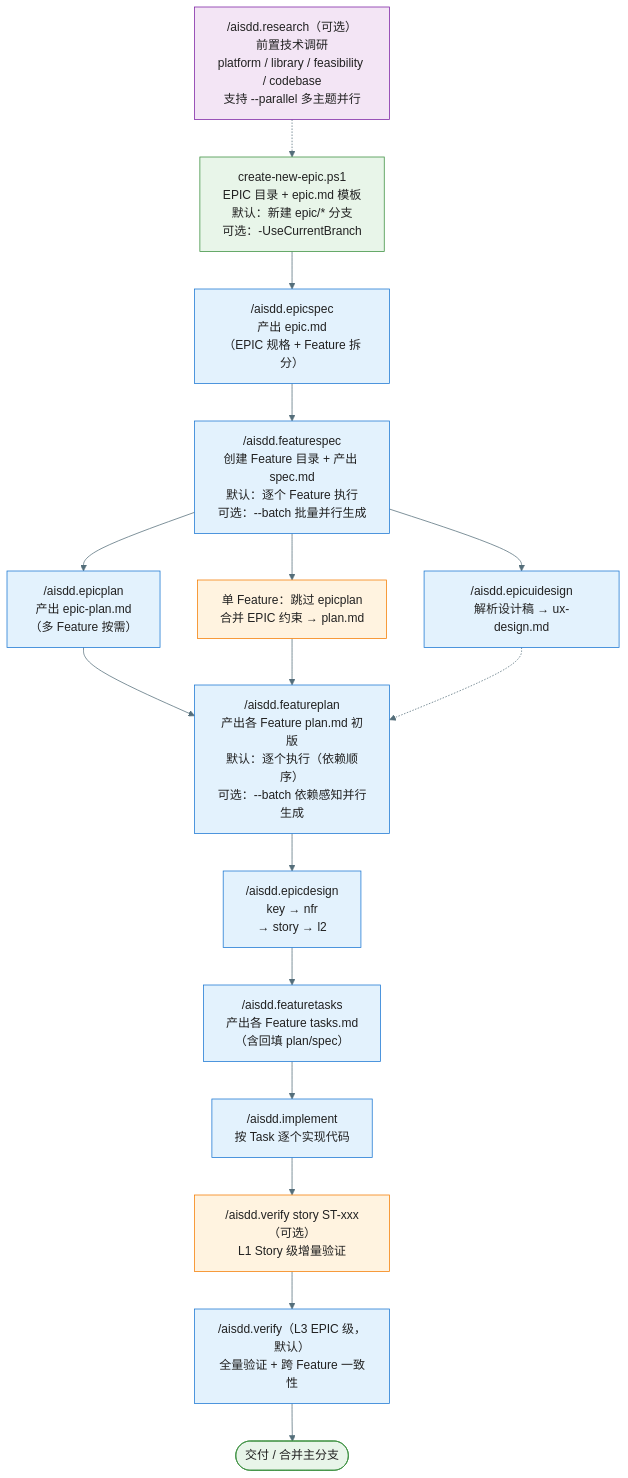
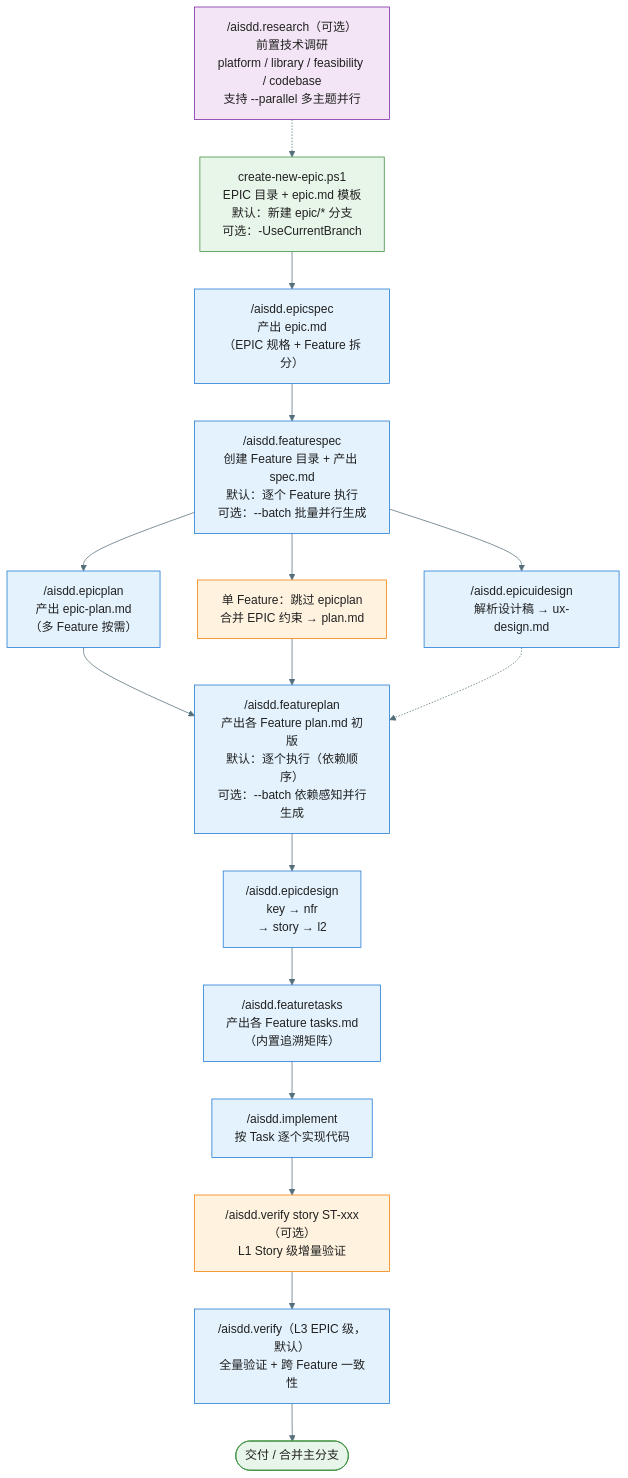
One commit to jackykarma/Verity changed the third of 8 diagrams in docs/workflow-overview.md. Above: the diagram before and after it, drawn with Mermaid. The commit also changed other lines of this file and 32 other files, not shown here.

````diff
--- a/docs/workflow-overview.md
+++ b/docs/workflow-overview.md
@@ -165,25 +165,25 @@
 ```mermaid
 %%{init: {'theme': 'base', 'themeVariables': { 'primaryColor': '#E3F2FD', 'primaryTextColor': '#212121', 'primaryBorderColor': '#1976D2', 'lineColor': '#546E7A'}}}%%
 flowchart TD
     Step0["/aisdd.research（可选）<br/>前置技术调研<br/>platform / library / feasibility / codebase<br/>支持 --parallel 多主题并行"] -.-> Step1
     Step1["create-new-epic.ps1<br/>EPIC 目录 + epic.md 模板<br/>默认：新建 epic/* 分支<br/>可选：-UseCurrentBranch"] --> Step2["/aisdd.epicspec<br/>产出 epic.md<br/>（EPIC 规格 + Feature 拆分）"]
     Step2 --> Step3["/aisdd.featurespec<br/>创建 Feature 目录 + 产出 spec.md<br/>默认：逐个 Feature 执行<br/>可选：--batch 批量并行生成"]
     Step3 --> Step4["/aisdd.epicplan<br/>产出 epic-plan.md<br/>（多 Feature 按需）"]
     Step3 --> Step5["/aisdd.epicuidesign<br/>解析设计稿 → ux-design.md"]
     Step3 --> Step4b["单 Feature：跳过 epicplan<br/>合并 EPIC 约束 → plan.md"]
     Step4 --> Step6["/aisdd.featureplan<br/>产出各 Feature plan.md 初版<br/>默认：逐个执行（依赖顺序）<br/>可选：--batch 依赖感知并行生成"]
     Step4b --> Step6
     Step5 -.-> Step6
     Step6 --> Step7["/aisdd.epicdesign<br/>key → nfr<br/>→ story → l2"]
-    Step7 --> Step8["/aisdd.featuretasks<br/>产出各 Feature tasks.md<br/>（含回填 plan/spec）"]
+    Step7 --> Step8["/aisdd.featuretasks<br/>产出各 Feature tasks.md<br/>（内置追溯矩阵）"]
     Step8 --> Step9["/aisdd.implement<br/>按 Task 逐个实现代码"]
     Step9 --> Step9b["/aisdd.verify story ST-xxx（可选）<br/>L1 Story 级增量验证"]
     Step9b --> Step10["/aisdd.verify（L3 EPIC 级，默认）<br/>全量验证 + 跨 Feature 一致性"]
     Step10 --> Step11([交付 / 合并主分支])
 
     style Step0 fill:#F3E5F5,stroke:#7B1FA2
     style Step1 fill:#E8F5E9,stroke:#388E3C
     style Step4b fill:#FFF3E0,stroke:#F57C00
     style Step9b fill:#FFF3E0,stroke:#F57C00
     style Step11 fill:#E8F5E9,stroke:#388E3C
 ```
````
